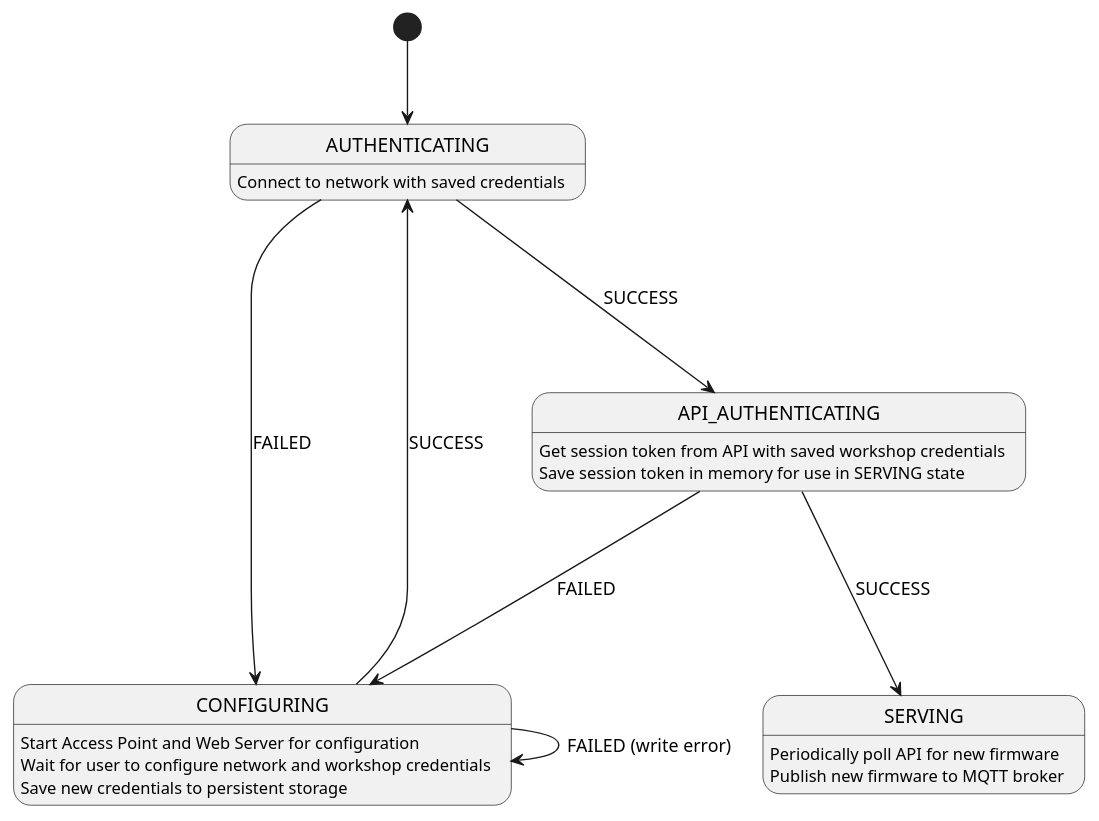
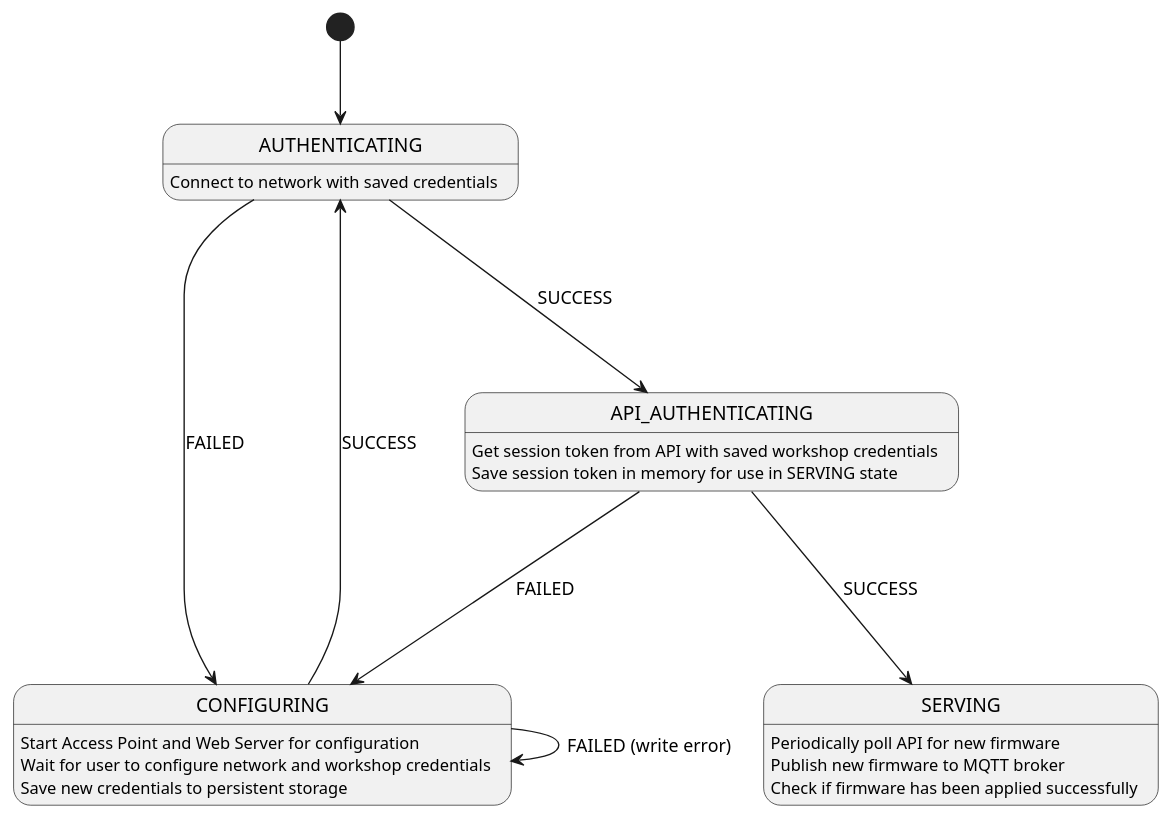
One commit to citon-interactive/firmware-server changed the diagram in docs/diagrams/state-diagram/state-diagram.puml. Above: the diagram before and after it, drawn with PlantUML. The commit also changed 4 other files, not shown here.

```diff
--- a/docs/diagrams/state-diagram/state-diagram.puml
+++ b/docs/diagrams/state-diagram/state-diagram.puml
@@ -1,25 +1,26 @@
 @startuml state-diagram
 [*] --> AUTHENTICATING
 AUTHENTICATING ---> CONFIGURING : FAILED
 AUTHENTICATING ---> API_AUTHENTICATING : SUCCESS
 
 AUTHENTICATING : Connect to network with saved credentials
 
 CONFIGURING ---> AUTHENTICATING : SUCCESS
 CONFIGURING ---> CONFIGURING : FAILED (write error)
 
 CONFIGURING : Start Access Point and Web Server for configuration
 CONFIGURING : Wait for user to configure network and workshop credentials
 CONFIGURING : Save new credentials to persistent storage
 
 API_AUTHENTICATING ---> CONFIGURING : FAILED
 API_AUTHENTICATING ---> SERVING : SUCCESS
 
 API_AUTHENTICATING : Get session token from API with saved workshop credentials
 API_AUTHENTICATING : Save session token in memory for use in SERVING state
 
 SERVING : Periodically poll API for new firmware
 SERVING : Publish new firmware to MQTT broker
+SERVING : Check if firmware has been applied successfully
 
 
 @enduml
```
